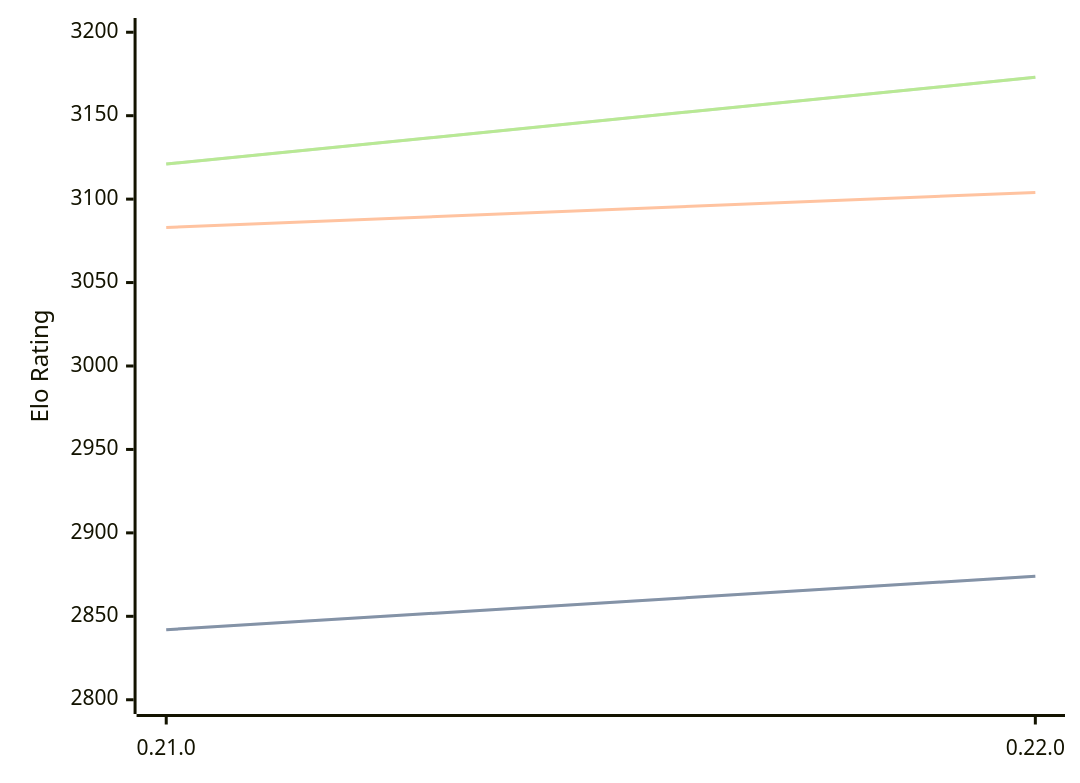
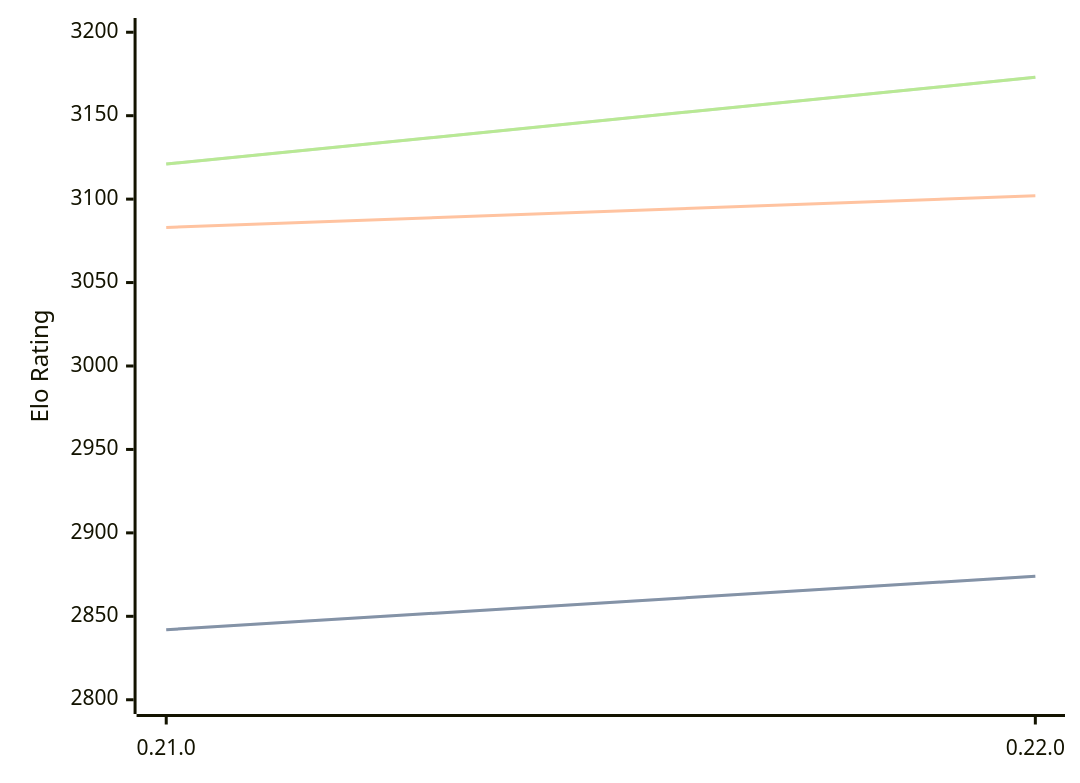
Before and after one commit to computer-chess-index/cci: the diagram in engines/Princhess.md, drawn with Mermaid. The commit also changed other lines of this file, not shown here.

````diff
--- a/engines/Princhess.md
+++ b/engines/Princhess.md
@@ -32,11 +32,11 @@
 ```mermaid
 %%{init: {"theme":"base","themeVariables":{"seriesColors:['#a3a3a3','#222221','#faa371']}}}%%
 xychart-beta
   x-axis ["0.21.0", "0.22.0"]
   y-axis "Elo Rating" 2800 --> 3200
   line "" [2842, 2874]
   line "STC (8.0+0.08s)" [2842, 2874]
-  line "LTC (60.0+0.60s)" [3083, 3104]
+  line "LTC (60.0+0.60s)" [3083, 3102]
   line "" [3121, 3173]
   line "VLTC (2m24s+1.12s)" [3121, 3173]
 ```
````
